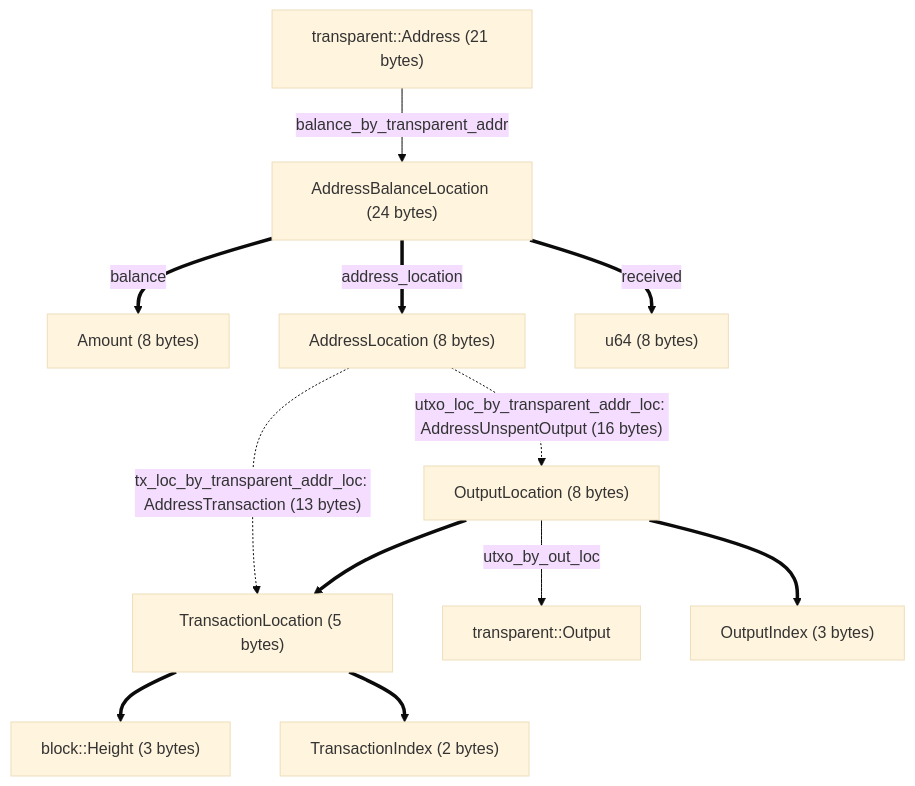
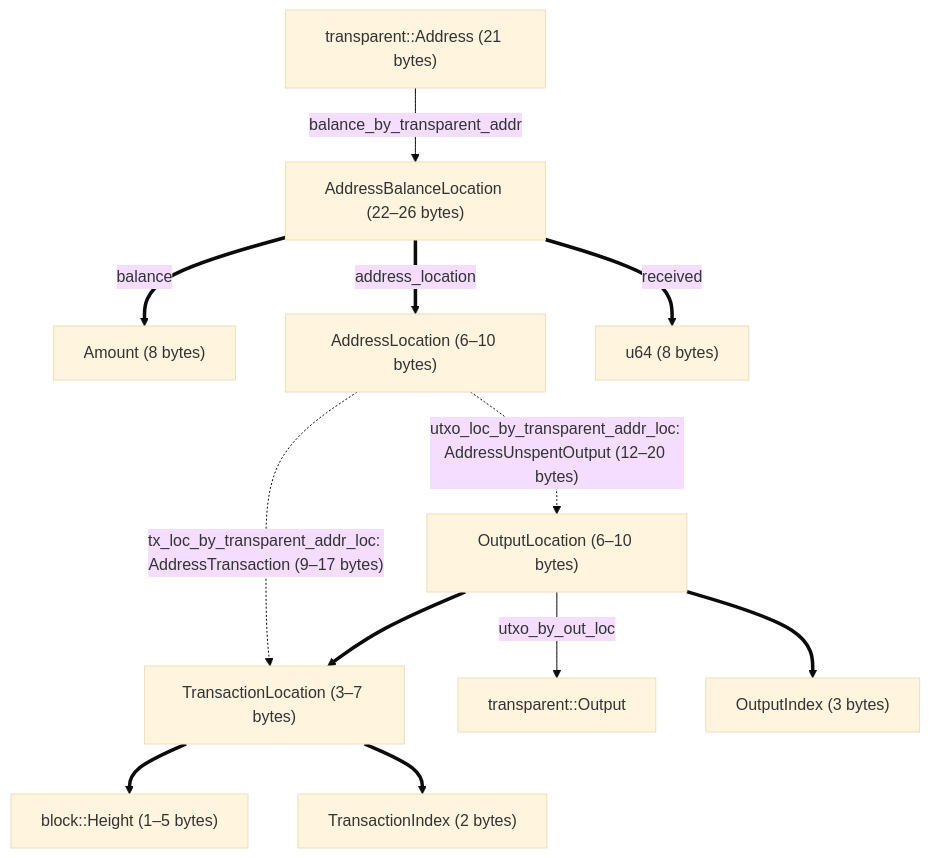
One commit to ZcashFoundation/zebra changed the diagram in book/src/dev/state-db-upgrades.md. Above: the diagram before and after it, drawn with Mermaid (base theme). The commit also changed other lines of this file and 130 other files, not shown here.

````diff
--- a/book/src/dev/state-db-upgrades.md
+++ b/book/src/dev/state-db-upgrades.md
@@ -492,14 +540,14 @@
 ```mermaid
 flowchart TD
-    address["transparent::Address (21 bytes)"] -->|balance_by_transparent_addr| balance["AddressBalanceLocation (24 bytes)"]
+    address["transparent::Address (21 bytes)"] -->|balance_by_transparent_addr| balance["AddressBalanceLocation (22–26 bytes)"]
     balance ==>|balance| amount["Amount (8 bytes)"]
-    balance ==>|address_location| location["AddressLocation (8 bytes)"]
+    balance ==>|address_location| location["AddressLocation (6–10 bytes)"]
     balance ==>|received| received["u64 (8 bytes)"]
-    location -.->|"tx_loc_by_transparent_addr_loc: AddressTransaction (13 bytes)"| transaction["TransactionLocation (5 bytes)"]
-    location -.->|"utxo_loc_by_transparent_addr_loc: AddressUnspentOutput (16 bytes)"| output_location["OutputLocation (8 bytes)"]
+    location -.->|"tx_loc_by_transparent_addr_loc: AddressTransaction (9–17 bytes)"| transaction["TransactionLocation (3–7 bytes)"]
+    location -.->|"utxo_loc_by_transparent_addr_loc: AddressUnspentOutput (12–20 bytes)"| output_location["OutputLocation (6–10 bytes)"]
     output_location -->|utxo_by_out_loc| output["transparent::Output"]
     output_location ==> transaction
     output_location ==> output_index["OutputIndex (3 bytes)"]
-    transaction ==> height["block::Height (3 bytes)"]
+    transaction ==> height["block::Height (1–5 bytes)"]
     transaction ==> transaction_index["TransactionIndex (2 bytes)"]
 ```
````
